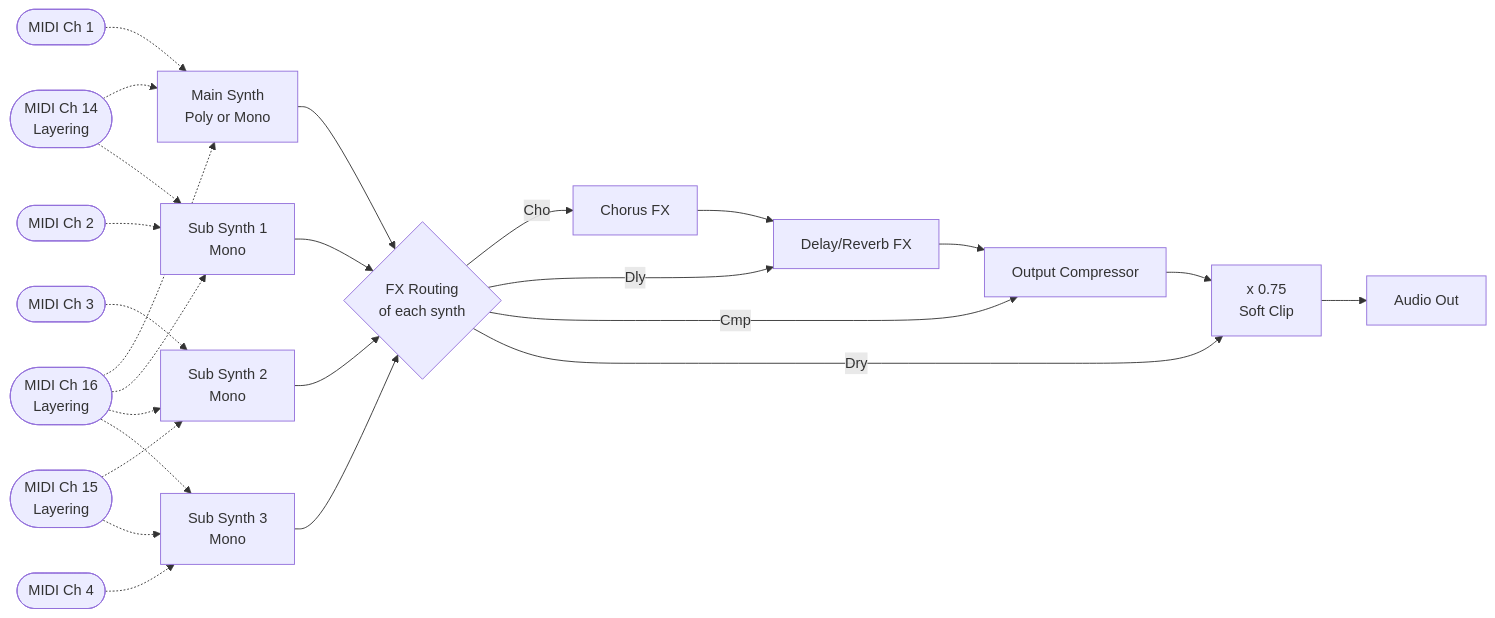
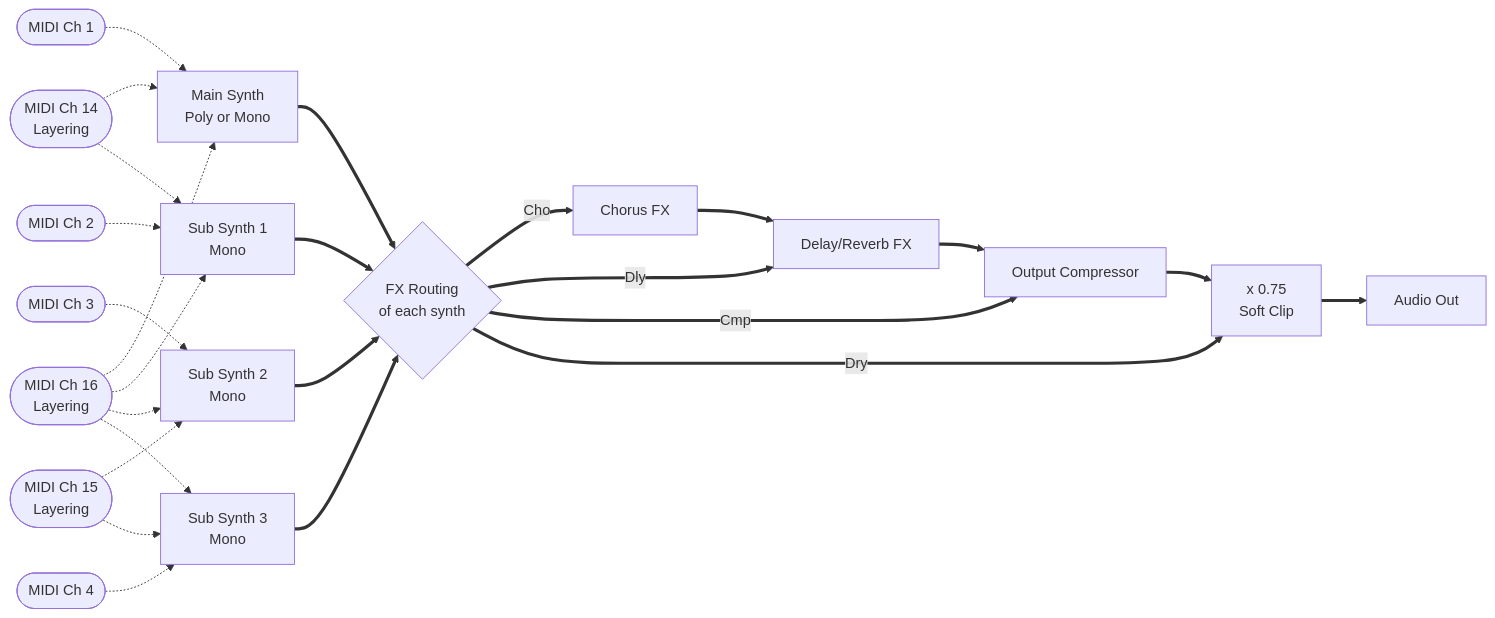
The ninth of 9 diagrams in PRA32-U2-Block-Diagrams.md (risgk/digital-synth-pra32-u2), drawn with Mermaid before and after one commit. The commit also changed other lines of this file and 1 other file, not shown here.

Commit message:
Block diagrams: The stereo audio with thick arrows

````diff
--- a/PRA32-U2-Block-Diagrams.md
+++ b/PRA32-U2-Block-Diagrams.md
@@ -302,15 +302,15 @@
 ```mermaid
 flowchart LR
     C1([MIDI Ch 1]) -.-> MS["Main Synth<br/>Poly or Mono"]
     C2([MIDI Ch 2]) -.-> S1["Sub Synth 1<br/>Mono"]
     C3([MIDI Ch 3]) -.-> S2["Sub Synth 2<br/>Mono"]
     C4([MIDI Ch 4]) -.-> S3["Sub Synth 3<br/>Mono"]
     C14([MIDI Ch 14<br/>Layering]) -.-> MS & S1
     C15([MIDI Ch 15<br/>Layering]) -.-> S2 & S3
     C16([MIDI Ch 16<br/>Layering]) -.-> MS & S1 & S2 & S3
-    MS & S1 & S2 & S3 --> FR{"FX Routing<br/>of each synth"}
-    FR -->|Cho| C[Chorus FX] --> D[Delay/Reverb FX] --> OC[Output Compressor] --> OG["x 0.75<br/>Soft Clip"] --> AO[Audio Out]
-    FR -->|Dly| D
-    FR -->|Cmp| OC
-    FR -->|Dry| OG
+    MS & S1 & S2 & S3 ==> FR{"FX Routing<br/>of each synth"}
+    FR ==>|Cho| C[Chorus FX] ==> D[Delay/Reverb FX] ==> OC[Output Compressor] ==> OG["x 0.75<br/>Soft Clip"] ==> AO[Audio Out]
+    FR ==>|Dly| D
+    FR ==>|Cmp| OC
+    FR ==>|Dry| OG
 ```
````
